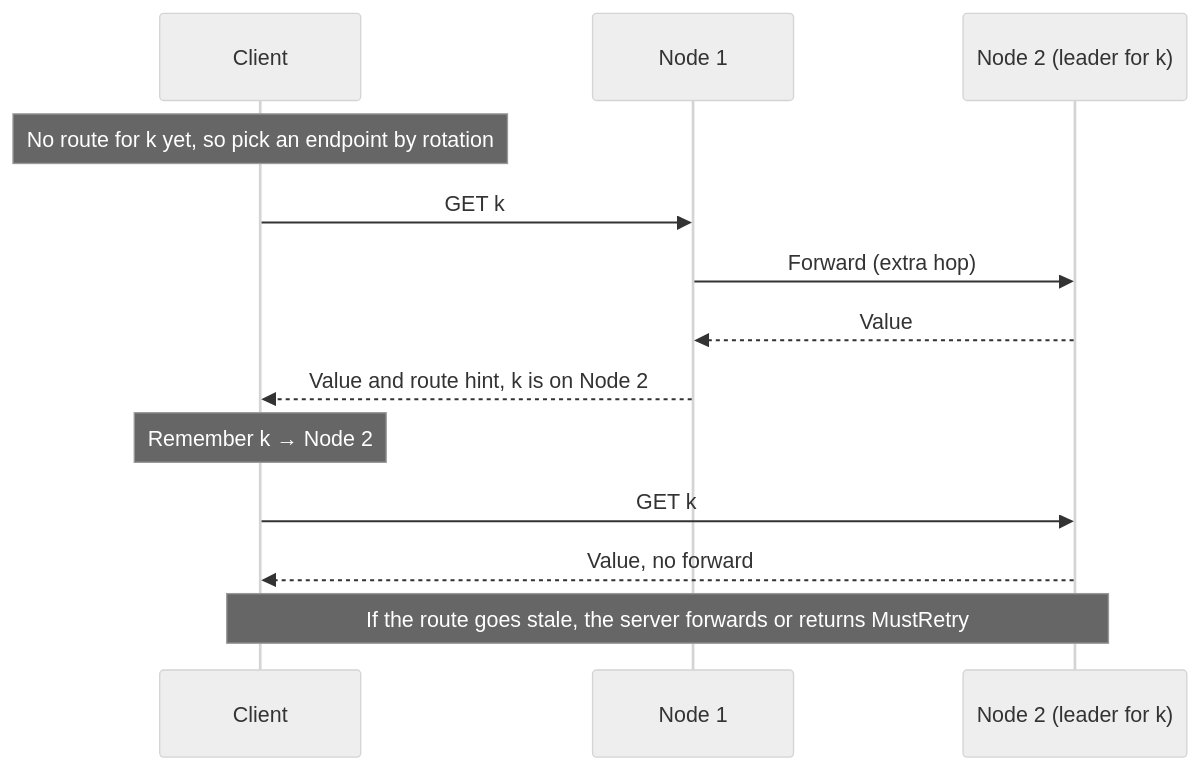
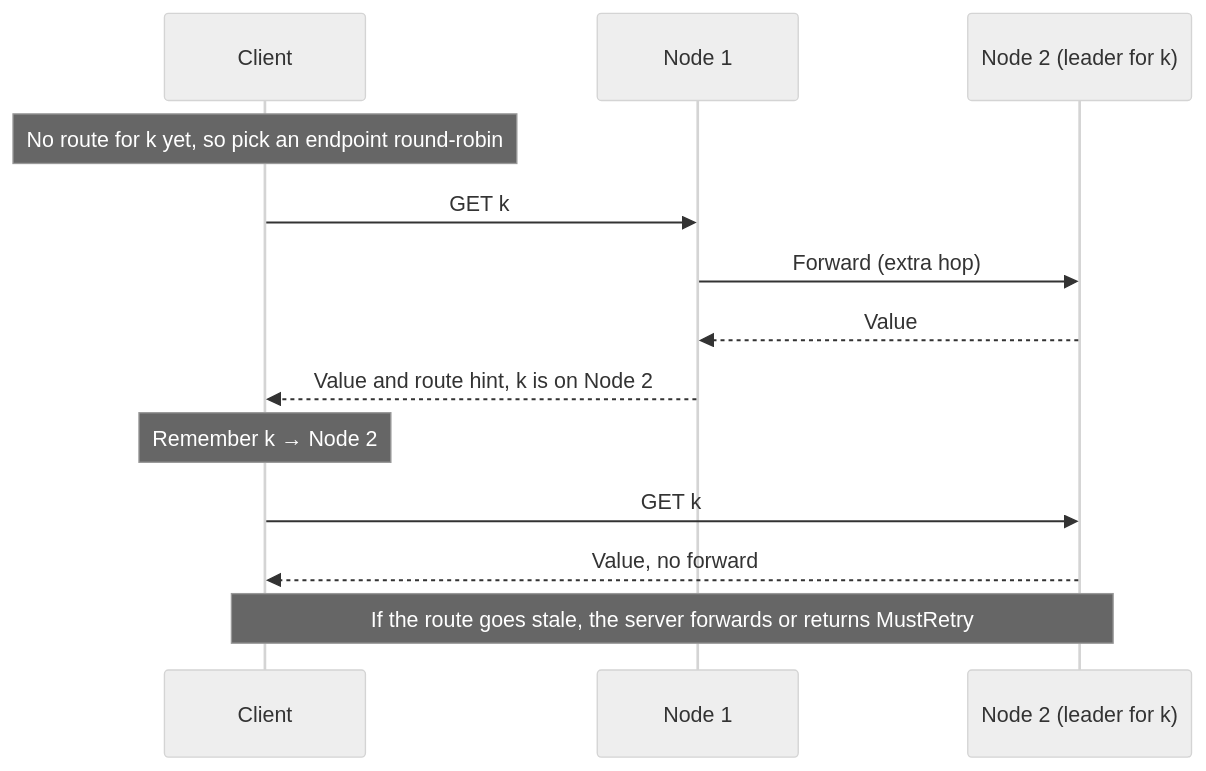
One commit to kahunakv/kahunakv.github.io changed the diagram in docs/client-routing.md. Above: the diagram before and after it, drawn with Mermaid (neutral theme). The commit also changed other lines of this file and 121 other files, not shown here.

````diff
--- a/docs/client-routing.md
+++ b/docs/client-routing.md
@@ -12,15 +12,15 @@
 ```mermaid
 sequenceDiagram
     participant C as Client
     participant N1 as Node 1
     participant N2 as Node 2 (leader for k)
-    Note over C: No route for k yet, so pick an endpoint by rotation
+    Note over C: No route for k yet, so pick an endpoint round-robin
     C->>N1: GET k
     N1->>N2: Forward (extra hop)
     N2-->>N1: Value
     N1-->>C: Value and route hint, k is on Node 2
     Note over C: Remember k → Node 2
     C->>N2: GET k
     N2-->>C: Value, no forward
     Note over C,N2: If the route goes stale, the server forwards or returns MustRetry
 ```
````
